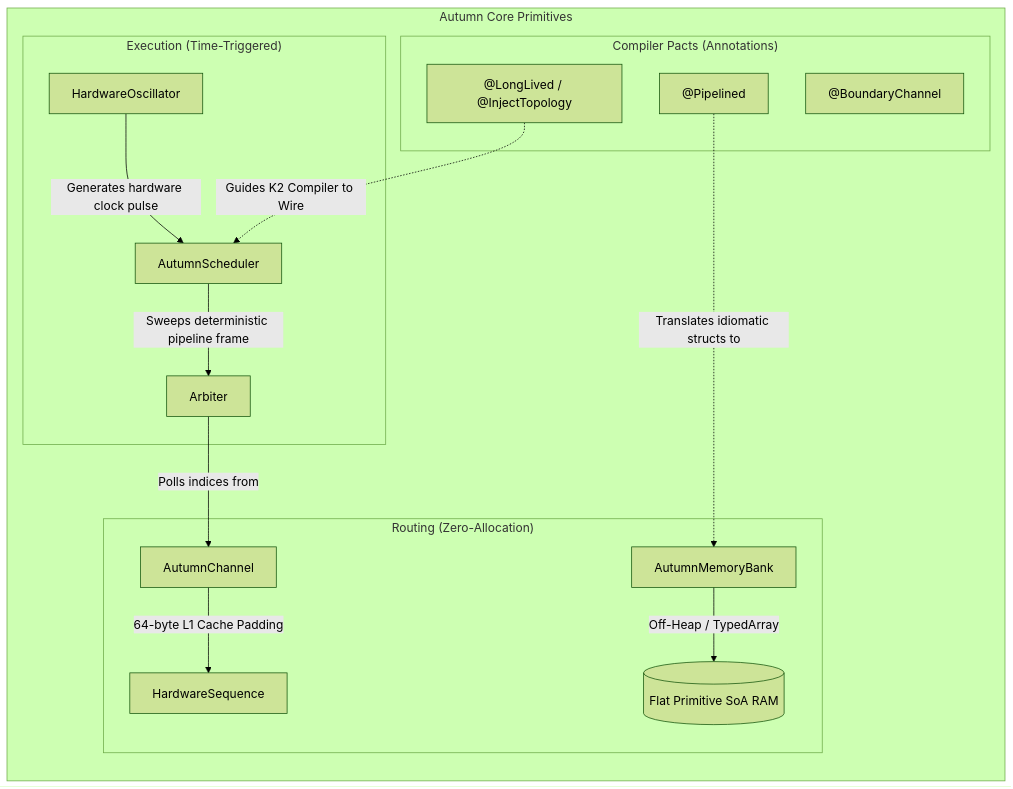
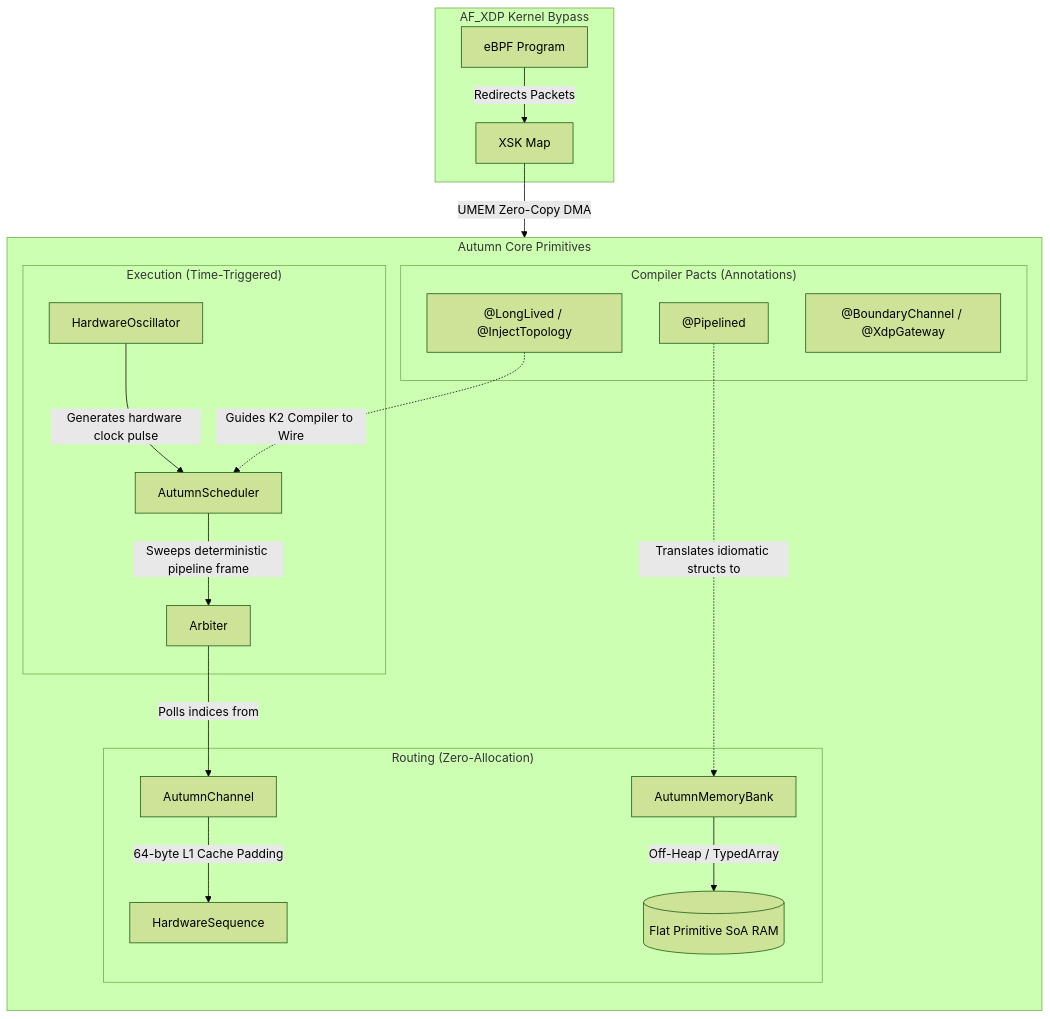
One commit to alchevrier/autumn changed the diagram in autumn-core/README.md. Above: the diagram before and after it, drawn with Mermaid (forest theme). The commit also changed 2 other files, not shown here.

Commit message:
Fix ToplogySynthesisTransformer import and update stale README architecture graphs representing Phase 4 offline parses and Phase 3 XDP kernel-bypassed rings

````diff
--- a/autumn-core/README.md
+++ b/autumn-core/README.md
@@ -7,26 +7,31 @@
 ```mermaid
 graph TD
-    subgraph autumn-core [Autumn Core Primitives]
+    subgraph Core [Autumn Core Primitives]
         direction TB
         
         subgraph Pacts ["Compiler Pacts (Annotations)"]
             A1["@Pipelined"]
-            A2["@BoundaryChannel"]
+            A2["@BoundaryChannel / @XdpGateway"]
             A3["@LongLived / @InjectTopology"]
         end
         
         subgraph Exec ["Execution (Time-Triggered)"]
             E1[HardwareOscillator] -->|Generates hardware clock pulse| E2[AutumnScheduler]
             E2 -->|Sweeps deterministic pipeline frame| E3[Arbiter]
         end
         
         subgraph Memory ["Routing (Zero-Allocation)"]
             M1[AutumnChannel] -->|64-byte L1 Cache Padding| M2[HardwareSequence]
             E3 -->|Polls indices from| M1
             M3[AutumnMemoryBank] -->|Off-Heap / TypedArray| M4[(Flat Primitive SoA RAM)]
         end
     end
     
+    subgraph Network [AF_XDP Kernel Bypass]
+        N1[eBPF Program] -->|Redirects Packets| N2[XSK Map]
+        N2 -->|UMEM Zero-Copy DMA| M3
+    end
+    
     A3 -.->|Guides K2 Compiler to Wire| E2
     A1 -.->|Translates idiomatic structs to| M3
 ```
````
